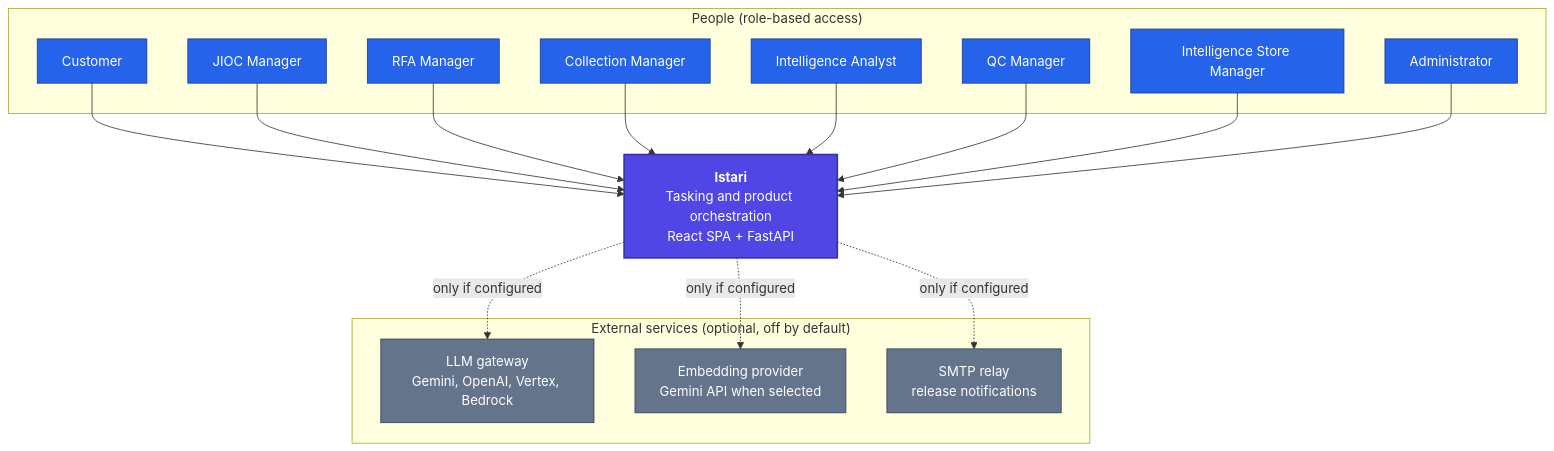
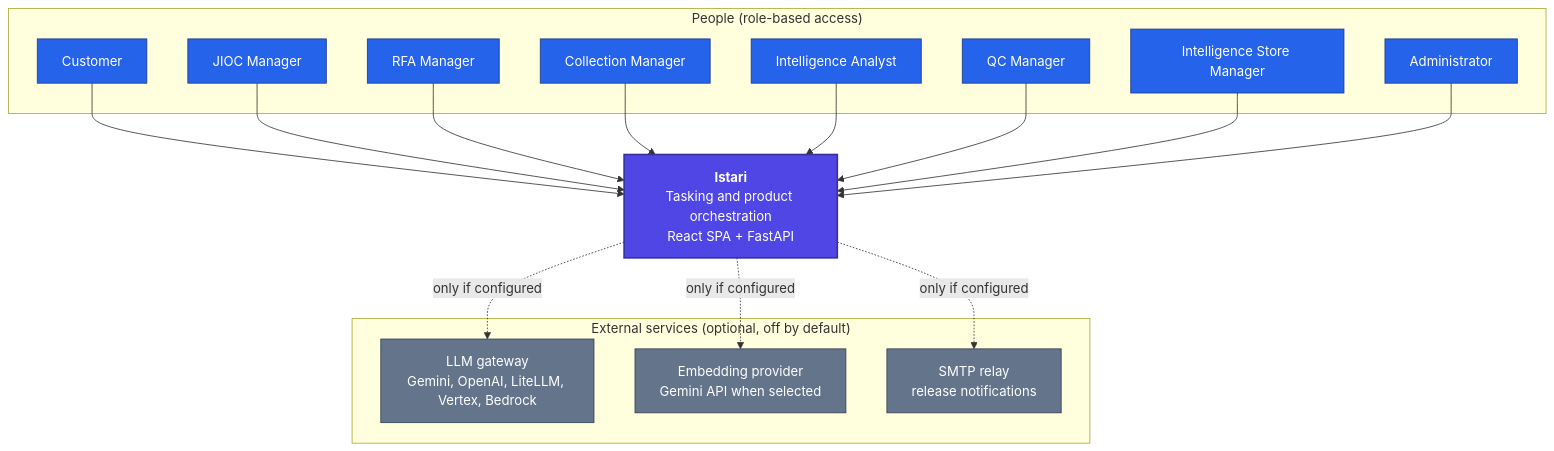
One commit to ShabalalaWATP/Coeus changed the first of 4 diagrams in docs/ARCHITECTURE.md. Above: the diagram before and after it, drawn with Mermaid. The commit also changed other lines of this file and 72 other files, not shown here.

Commit message:
feat: add guarded LiteLLM and realtime agent support

````diff
--- a/docs/ARCHITECTURE.md
+++ b/docs/ARCHITECTURE.md
@@ -45,40 +45,40 @@
 ```mermaid
 flowchart TB
     subgraph people["People (role-based access)"]
         CUST["Customer"]
         JIOC["JIOC Manager"]
         RFA["RFA Manager"]
         CM["Collection Manager"]
         AN["Intelligence Analyst"]
         QC["QC Manager"]
         STORE["Intelligence Store Manager"]
         ADM["Administrator"]
     end
 
     IST["<b>Istari</b><br/>Tasking and product orchestration<br/>React SPA + FastAPI"]
 
     subgraph ext["External services (optional, off by default)"]
-        LLM["LLM gateway<br/>Gemini, OpenAI, Vertex, Bedrock"]
+        LLM["LLM gateway<br/>Gemini, OpenAI, LiteLLM, Vertex, Bedrock"]
         EMB["Embedding provider<br/>Gemini API when selected"]
         SMTP["SMTP relay<br/>release notifications"]
     end
 
     CUST --> IST
     JIOC --> IST
     RFA --> IST
     CM --> IST
     AN --> IST
     QC --> IST
     STORE --> IST
     ADM --> IST
     IST -.->|"only if configured"| LLM
     IST -.->|"only if configured"| EMB
     IST -.->|"only if configured"| SMTP
 
     classDef actor fill:#2563eb,stroke:#1e3a8a,color:#fff,stroke-width:1px
     classDef core fill:#4f46e5,stroke:#3730a3,color:#fff,stroke-width:2px
     classDef ext fill:#64748b,stroke:#334155,color:#fff,stroke-width:1px
     class CUST,JIOC,RFA,CM,AN,QC,STORE,ADM actor
     class IST core
     class LLM,EMB,SMTP ext
 ```
````
